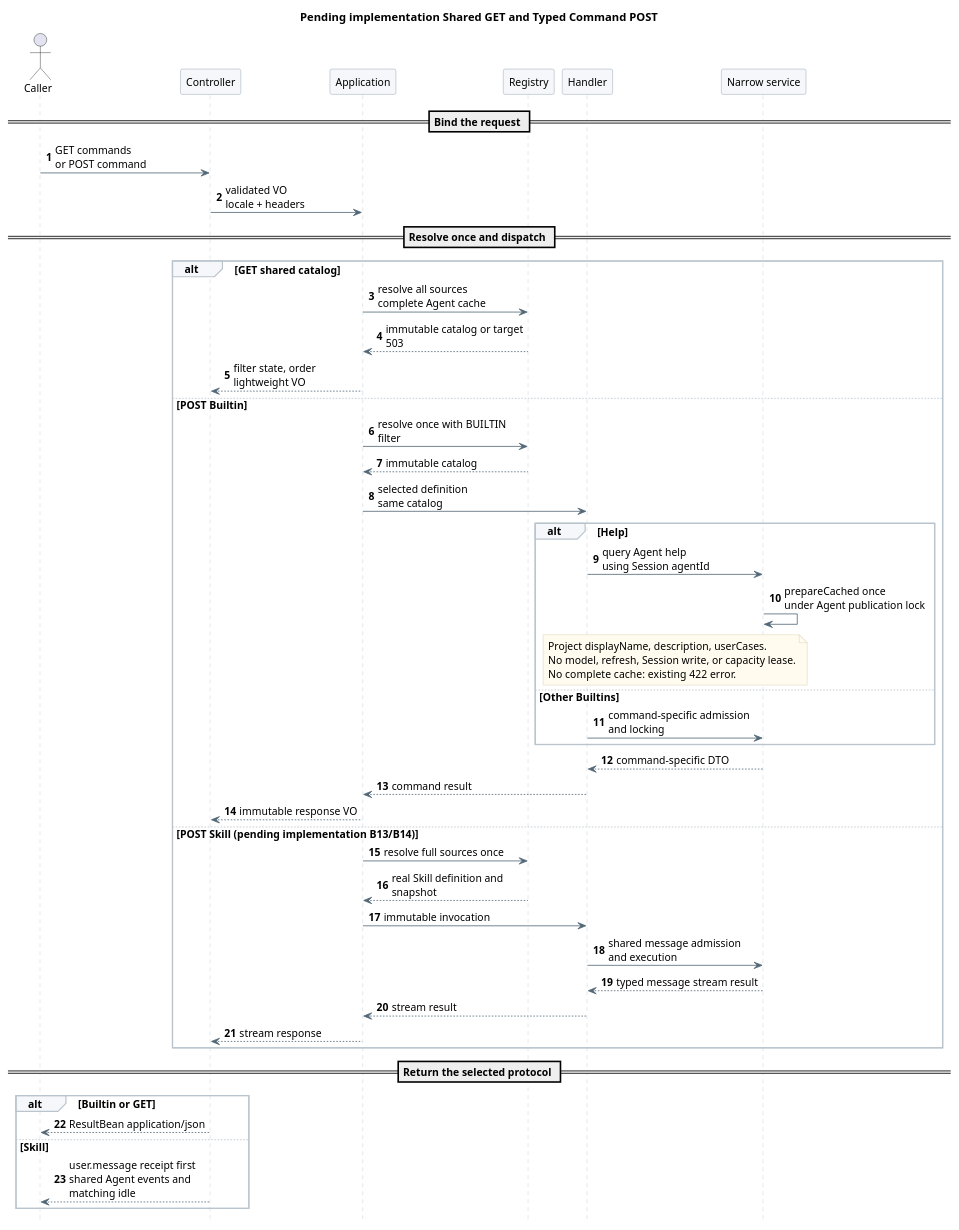
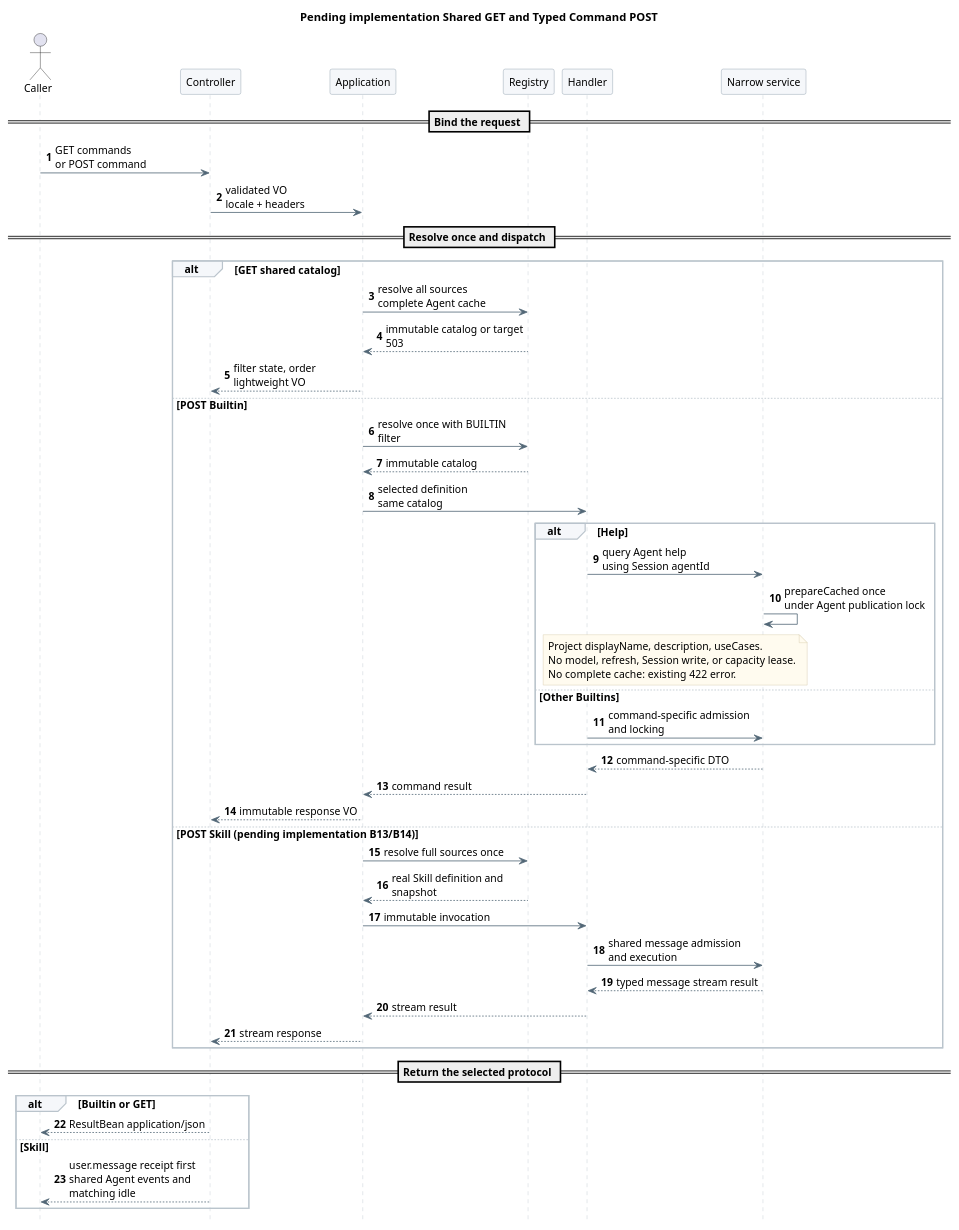
The first of 2 diagrams in 01-总体架构/01-CampusClaw多Agent运行时/设计图/Command/diagram.puml (ssm0808/pi-mono-java-design), drawn with PlantUML before and after one commit. The commit also changed 15 other files, not shown here.

```diff
--- a/01-总体架构/01-CampusClaw多Agent运行时/设计图/Command/diagram.puml
+++ b/01-总体架构/01-CampusClaw多Agent运行时/设计图/Command/diagram.puml
@@ -1,72 +1,72 @@
 @startuml command_http_flow
 skinparam backgroundColor white
 skinparam defaultFontName SansSerif
 skinparam defaultFontSize 13
 skinparam shadowing false
 skinparam sequenceMessageAlign left
 skinparam maxMessageSize 190
 skinparam sequenceArrowColor #526777
 skinparam sequenceLifeLineBorderColor #BAC4CC
 skinparam sequenceParticipantBackgroundColor #F5F7FA
 skinparam sequenceParticipantBorderColor #8496A4
 skinparam sequenceGroupBackgroundColor #F5F7FA
 skinparam sequenceGroupBorderColor #BAC4CC
 skinparam noteBackgroundColor #FFFBEF
 skinparam noteBorderColor #D2C6A5
 hide footbox
 autonumber
 title Pending implementation Shared GET and Typed Command POST
 ' Source evidence: pi-mono-java@d84dd3d6 modules/coding-agent-cli/src/main/java/com/campusclaw/codingagent/runtimeapi/web/RuntimeSessionController.java getSession.
 ' Architecture change: Builtin routes return JSON; B13/B14 Skill reuses the message SSE boundary.
 ' Source evidence: pi-mono-java@6f52fddc modules/coding-agent-cli/src/main/java/com/campusclaw/codingagent/runtimeapi/service/command/CompositeCommandRegistry.java resolve.
 ' Product decision: GET uses full sources and state-filtered name/kind/description/input; POST keeps locked admission.
 ' Source evidence: pi-mono-java@d8e22562 modules/coding-agent-cli/src/main/java/com/campusclaw/codingagent/runtime/AgentRuntimeManager.java prepareCached and toRuntime.
 ' Product decision: Help uses authored Agent metadata; it does not format the command catalog.
 actor Caller
 participant Controller
 participant Application
 participant Registry
 participant Handler
 participant "Narrow service" as Service
 == Bind the request ==
 Caller -> Controller : GET commands\nor POST command
 Controller -> Application : validated VO\nlocale + headers
 == Resolve once and dispatch ==
 alt GET shared catalog
   Application -> Registry : resolve all sources\ncomplete Agent cache
   Registry --> Application : immutable catalog or target 503
   Application --> Controller : filter state, order\nlightweight VO
 else POST Builtin
   Application -> Registry : resolve once with BUILTIN filter
   Registry --> Application : immutable catalog
   Application -> Handler : selected definition\nsame catalog
   alt Help
     Handler -> Service : query Agent help\nusing Session agentId
     Service -> Service : prepareCached once\nunder Agent publication lock
     note over Handler, Service
-      Project displayName, description, userCases.
+      Project displayName, description, useCases.
       No model, refresh, Session write, or capacity lease.
       No complete cache: existing 422 error.
     end note
   else Other Builtins
     Handler -> Service : command-specific admission\nand locking
   end
   Service --> Handler : command-specific DTO
   Handler --> Application : command result
   Application --> Controller : immutable response VO
 else POST Skill (pending implementation B13/B14)
   Application -> Registry : resolve full sources once
   Registry --> Application : real Skill definition and snapshot
   Application -> Handler : immutable invocation
   Handler -> Service : shared message admission and execution
   Service --> Handler : typed message stream result
   Handler --> Application : stream result
   Application --> Controller : stream response
 end
 == Return the selected protocol ==
 alt Builtin or GET
   Controller --> Caller : ResultBean application/json
 else Skill
   Controller --> Caller : user.message receipt first\nshared Agent events and matching idle
 end
 @enduml
```
